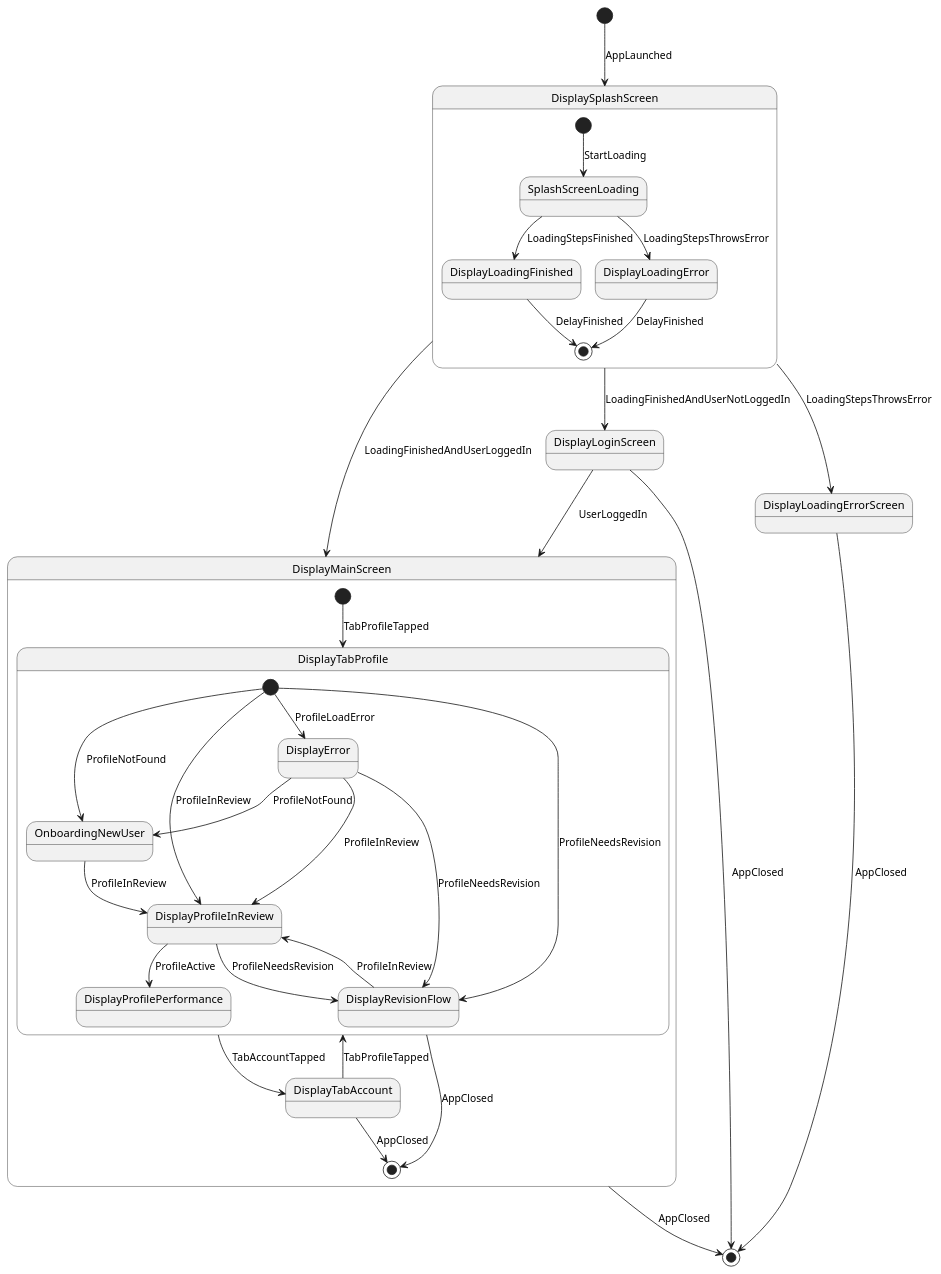
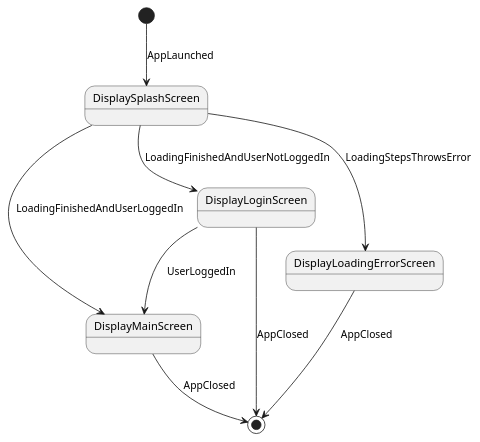
One commit to irwansyahwii/flutter-solid-dependency-injection changed the diagram in flutter_solid/lib/features/spash_screen/app_states/app_state_machine.plantuml. Above: the diagram before and after it, drawn with PlantUML. The commit also changed 1 other file, not shown here.

Commit message:
chore(README): add class diagram showing state classes

```diff
--- a/flutter_solid/lib/features/spash_screen/app_states/app_state_machine.plantuml
+++ b/flutter_solid/lib/features/spash_screen/app_states/app_state_machine.plantuml
@@ -1,56 +1,56 @@
 @startuml
 
 [*] --> DisplaySplashScreen : AppLaunched
 
 DisplaySplashScreen --> DisplayMainScreen : LoadingFinishedAndUserLoggedIn
 DisplaySplashScreen --> DisplayLoginScreen : LoadingFinishedAndUserNotLoggedIn
 DisplaySplashScreen --> DisplayLoadingErrorScreen: LoadingStepsThrowsError
 
 DisplayMainScreen --> [*] : AppClosed
 
 DisplayLoginScreen --> [*] : AppClosed
 DisplayLoginScreen --> DisplayMainScreen : UserLoggedIn
 
 DisplayLoadingErrorScreen --> [*] : AppClosed
 
 state DisplaySplashScreen {
-  [*] --> SplashScreenLoading : StartLoading
+  ' [*] --> SplashScreenLoading : StartLoading
 
-  SplashScreenLoading --> DisplayLoadingFinished : LoadingStepsFinished
-  SplashScreenLoading --> DisplayLoadingError : LoadingStepsThrowsError
+  ' SplashScreenLoading --> DisplayLoadingFinished : LoadingStepsFinished
+  ' SplashScreenLoading --> DisplayLoadingError : LoadingStepsThrowsError
 
-  DisplayLoadingFinished --> [*] : DelayFinished
-  DisplayLoadingError --> [*] : DelayFinished
+  ' DisplayLoadingFinished --> [*] : DelayFinished
+  ' DisplayLoadingError --> [*] : DelayFinished
 }
 
 state DisplayMainScreen {
-  [*] --> DisplayTabProfile : TabProfileTapped
+  ' [*] --> DisplayTabProfile : TabProfileTapped
 
-  DisplayTabProfile --> DisplayTabAccount : TabAccountTapped
-  DisplayTabProfile --> [*] : AppClosed
+  ' DisplayTabProfile --> DisplayTabAccount : TabAccountTapped
+  ' DisplayTabProfile --> [*] : AppClosed
 
-  DisplayTabAccount --> DisplayTabProfile : TabProfileTapped
-  DisplayTabAccount --> [*] : AppClosed
+  ' DisplayTabAccount --> DisplayTabProfile : TabProfileTapped
+  ' DisplayTabAccount --> [*] : AppClosed
 
-  state DisplayTabProfile {
-    [*] --> OnboardingNewUser : ProfileNotFound
+  ' state DisplayTabProfile {
+    ' [*] --> OnboardingNewUser : ProfileNotFound
 
-    OnboardingNewUser --> DisplayProfileInReview : ProfileInReview
+    ' OnboardingNewUser --> DisplayProfileInReview : ProfileInReview
 
-    [*] --> DisplayError : ProfileLoadError
-    DisplayError --> OnboardingNewUser : ProfileNotFound
-    DisplayError --> DisplayProfileInReview : ProfileInReview
-    DisplayError --> DisplayRevisionFlow : ProfileNeedsRevision
+    ' [*] --> DisplayError : ProfileLoadError
+    ' DisplayError --> OnboardingNewUser : ProfileNotFound
+    ' DisplayError --> DisplayProfileInReview : ProfileInReview
+    ' DisplayError --> DisplayRevisionFlow : ProfileNeedsRevision
 
-    [*] --> DisplayRevisionFlow : ProfileNeedsRevision
-    DisplayRevisionFlow --> DisplayProfileInReview : ProfileInReview
+    ' [*] --> DisplayRevisionFlow : ProfileNeedsRevision
+    ' DisplayRevisionFlow --> DisplayProfileInReview : ProfileInReview
 
-    [*] --> DisplayProfileInReview : ProfileInReview
-    DisplayProfileInReview --> DisplayRevisionFlow : ProfileNeedsRevision
-    DisplayProfileInReview --> DisplayProfilePerformance : ProfileActive
+    ' [*] --> DisplayProfileInReview : ProfileInReview
+    ' DisplayProfileInReview --> DisplayRevisionFlow : ProfileNeedsRevision
+    ' DisplayProfileInReview --> DisplayProfilePerformance : ProfileActive
 
-  }
+  ' }
 
 }
 
 @enduml
```
